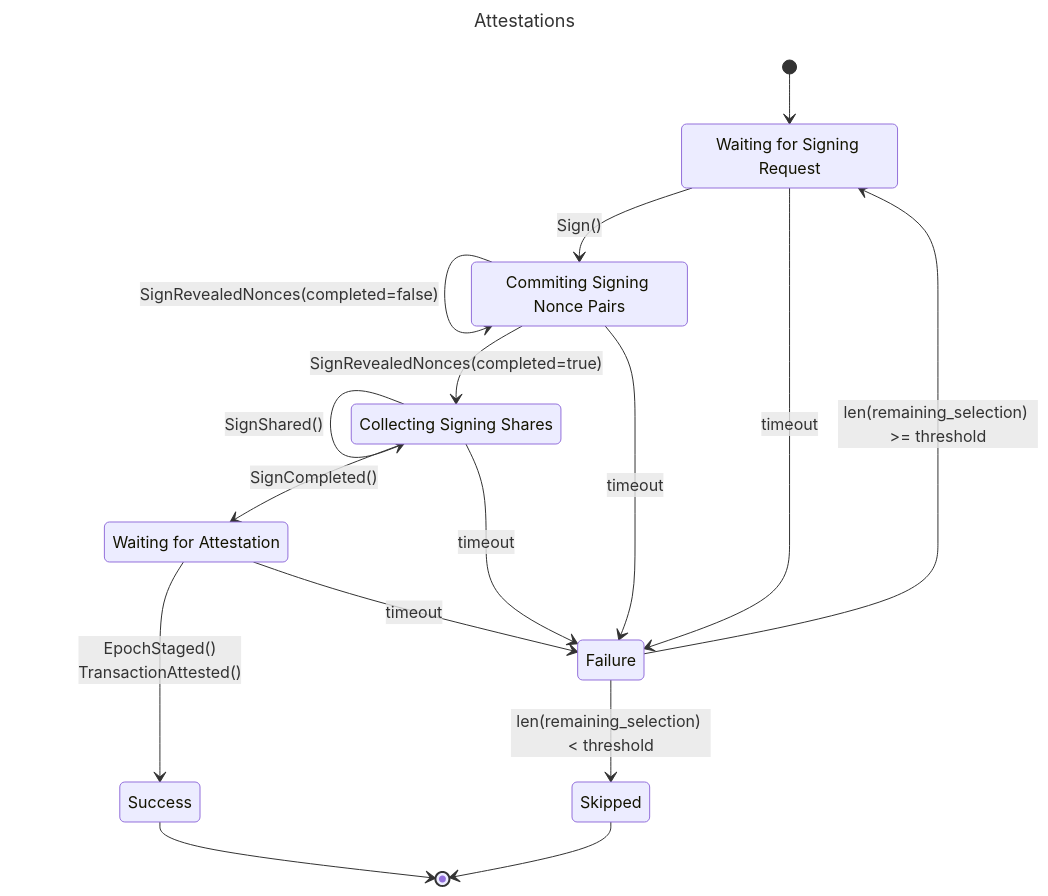
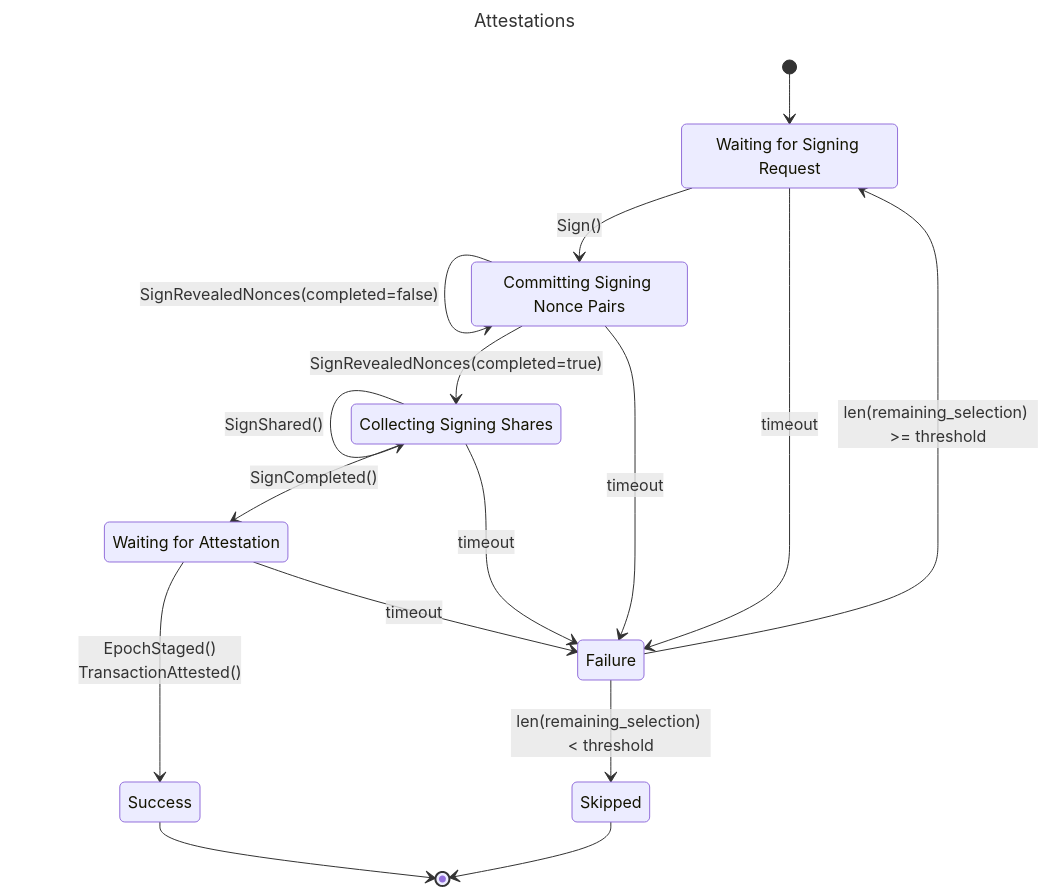
One commit to safe-research/safenet changed the second of 2 diagrams in docs/overview.md. Above: the diagram before and after it, drawn with Mermaid.

Commit message:
spelling

````diff
--- a/docs/overview.md
+++ b/docs/overview.md
@@ -155,35 +155,35 @@
 ```mermaid
 ---
 title: Attestations
 ---
 stateDiagram-v2
 	request : Waiting for Signing Request
-	commit_nonces : Commiting Signing Nonce Pairs
+	commit_nonces : Committing Signing Nonce Pairs
 	share : Collecting Signing Shares
 	attest: Waiting for Attestation
 	failure : Failure
 	success : Success
 	skipped : Skipped
 
 	[*] --> request
 
 	request --> commit_nonces : Sign()
 	request --> failure : timeout
 
 	commit_nonces --> commit_nonces : SignRevealedNonces(completed=false)
 	commit_nonces --> share : SignRevealedNonces(completed=true)
 	commit_nonces --> failure : timeout
 
 	share --> share : SignShared()
 	share --> attest : SignCompleted()
 	share --> failure : timeout
 
 	attest --> success : EpochStaged()<br>TransactionAttested()
 	attest --> failure : timeout
 
 	failure --> request : len(remaining_selection) >= threshold
 	failure --> skipped : len(remaining_selection) < threshold
 
 	success --> [*]
 	skipped --> [*]
 ```
````
